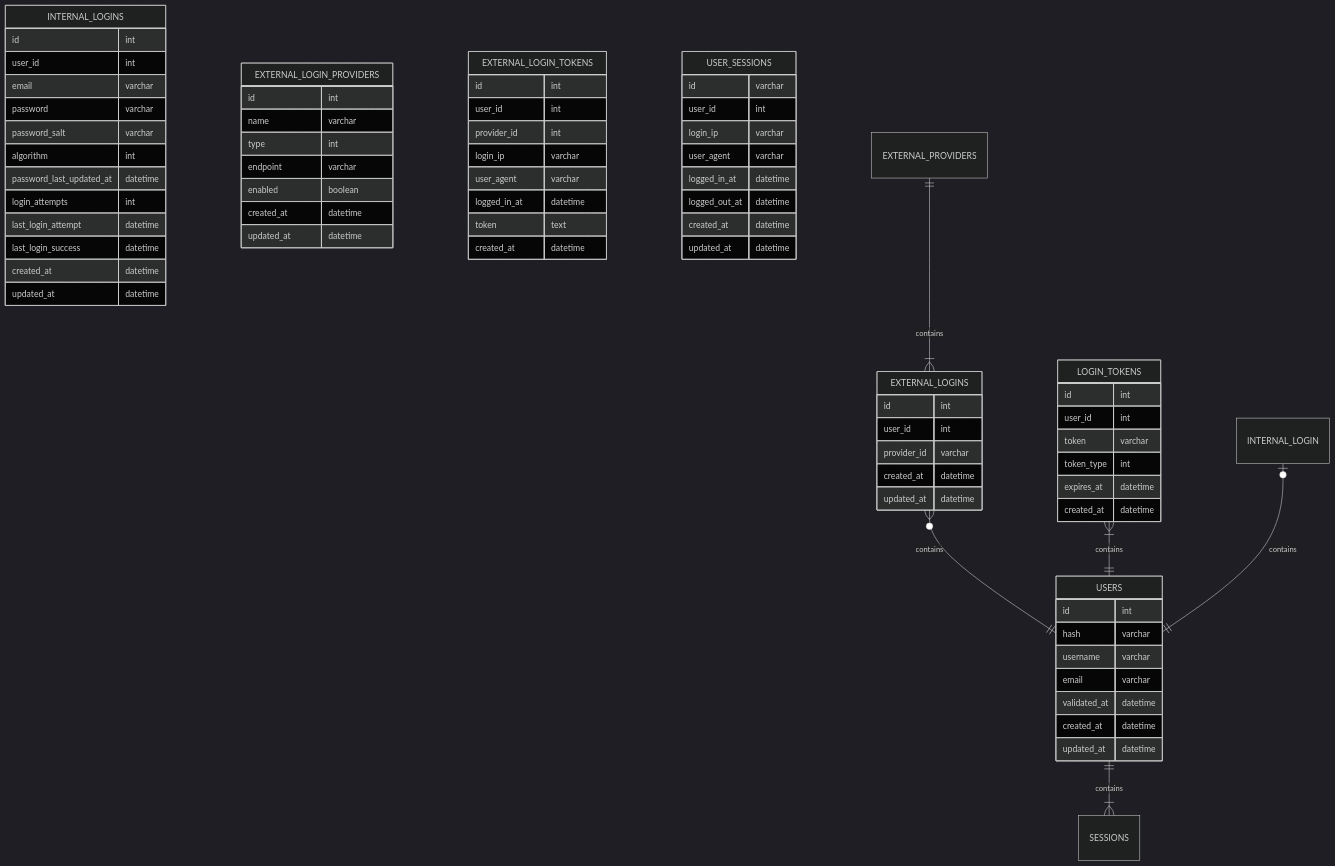
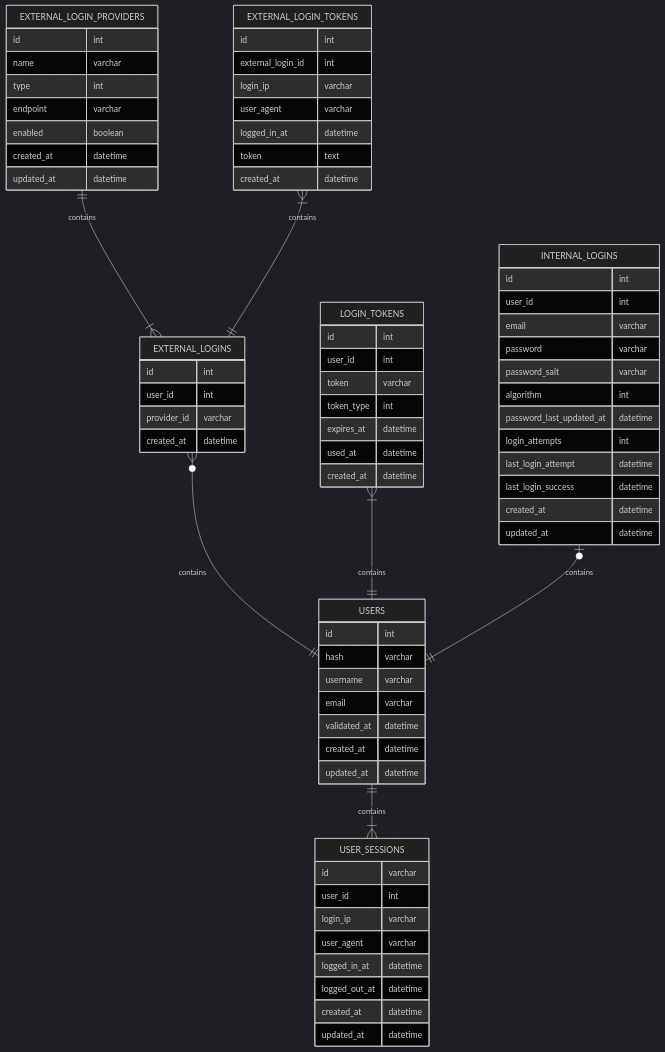
Before and after one commit to prulloac/fineasy: the first of 6 diagrams in docs/SCHEMA.md, drawn with Mermaid (dark theme). The commit also changed other lines of this file and 20 other files, not shown here.

````diff
--- a/docs/SCHEMA.md
+++ b/docs/SCHEMA.md
@@ -39,6 +39,7 @@
         token varchar
         token_type int
         expires_at datetime
+        used_at datetime
         created_at datetime
     }
 
@@ -57,13 +58,11 @@
         user_id int
         provider_id varchar
         created_at datetime
-        updated_at datetime
     }
 
     EXTERNAL_LOGIN_TOKENS {
         id int
-        user_id int
-        provider_id int
+        external_login_id int
         login_ip varchar
         user_agent varchar
         logged_in_at datetime
@@ -82,10 +81,11 @@
         updated_at datetime
     }
 
-    EXTERNAL_PROVIDERS ||--|{ EXTERNAL_LOGINS : contains
+    EXTERNAL_LOGIN_PROVIDERS ||--|{ EXTERNAL_LOGINS : contains
+    EXTERNAL_LOGIN_TOKENS }|--|| EXTERNAL_LOGINS : contains
     EXTERNAL_LOGINS }o--|| USERS : contains
     LOGIN_TOKENS }|--|| USERS : contains
-    INTERNAL_LOGIN |o--|| USERS : contains
-    USERS ||--|{ SESSIONS : contains
+    INTERNAL_LOGINS |o--|| USERS : contains
+    USERS ||--|{ USER_SESSIONS : contains
 
 ```
````
